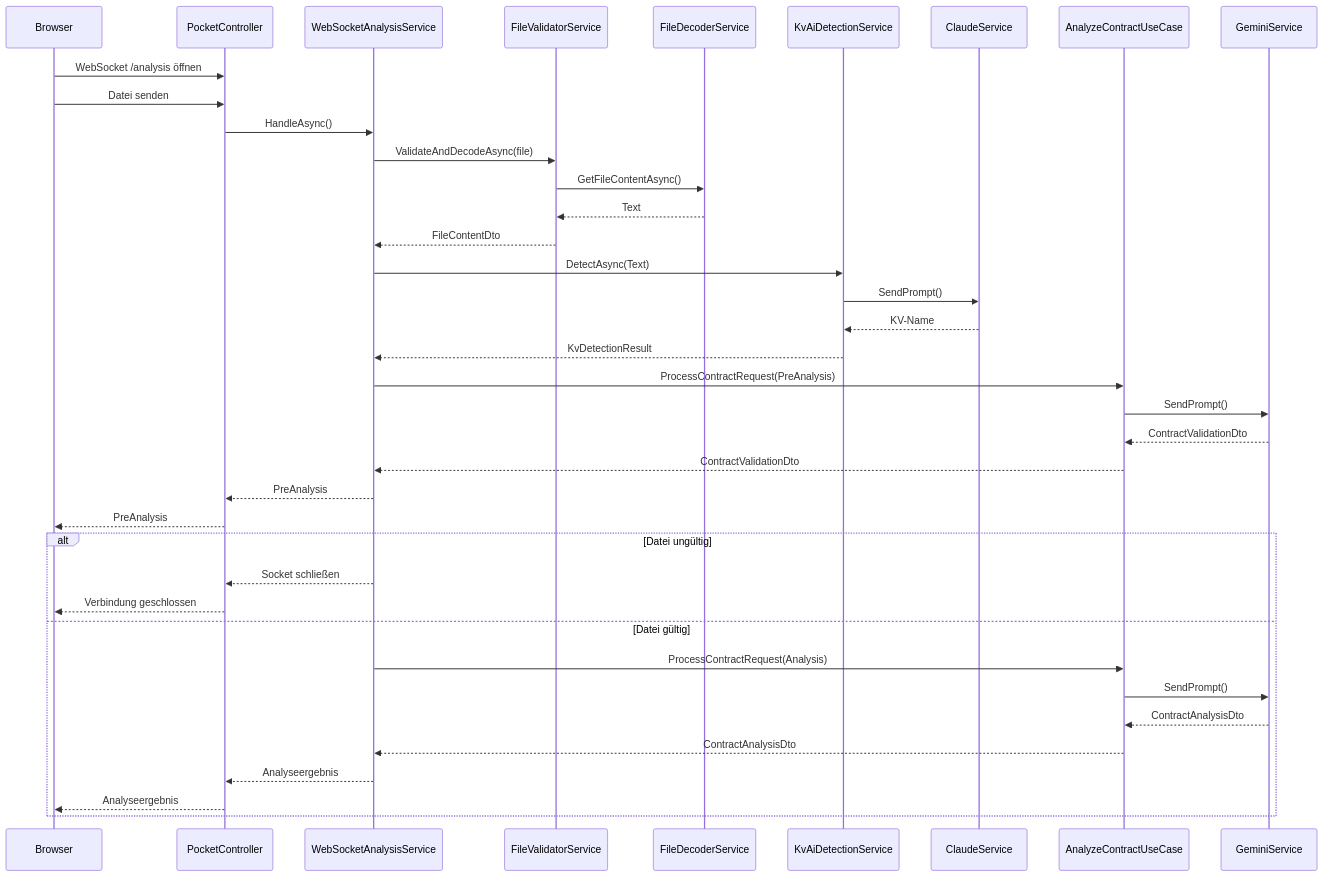
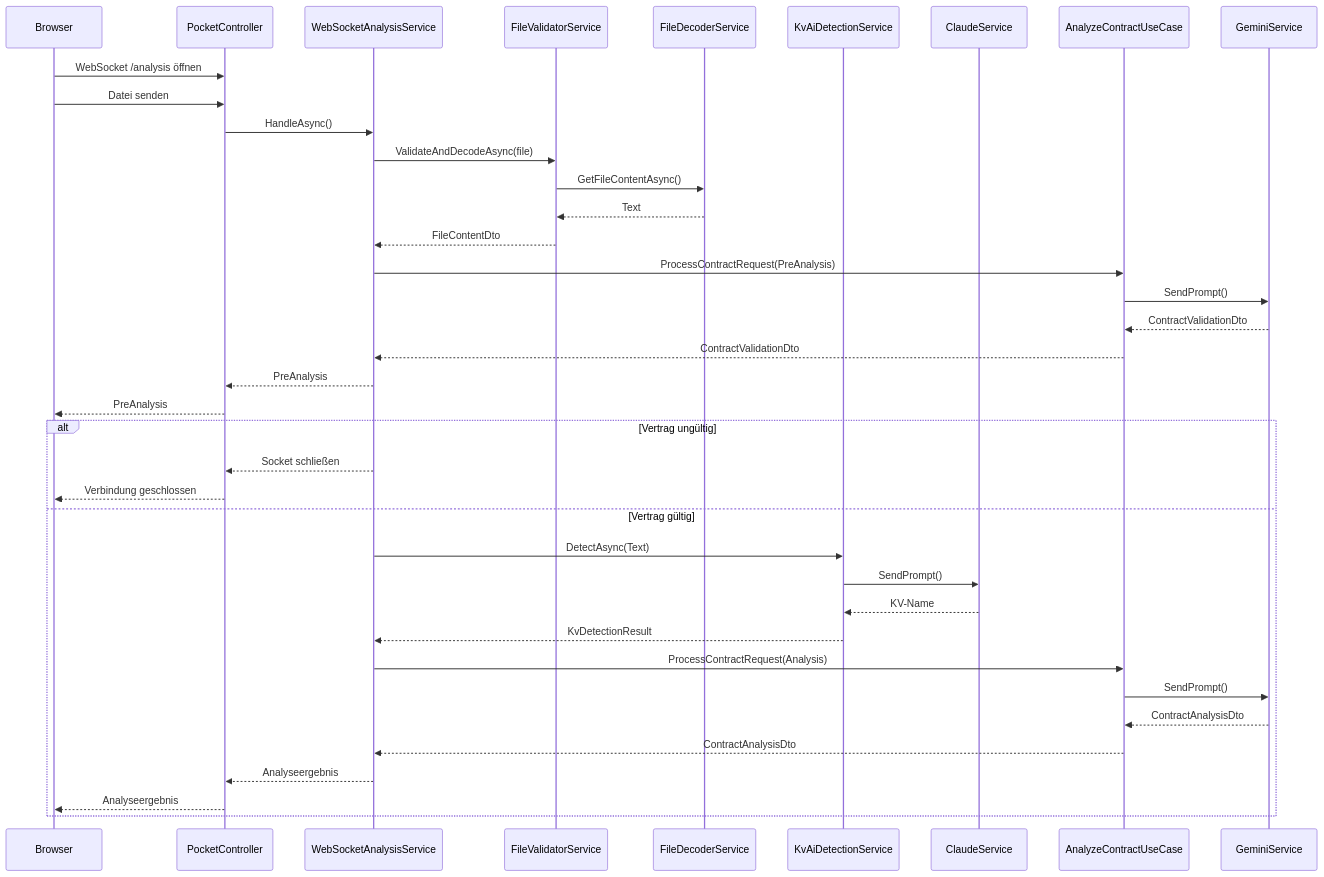
The fifth of 8 diagrams in docs/Diagrams/diagrams.md (sebastian-305/PocketLawyer), drawn with Mermaid before and after one commit.

Commit message:
Update sequence diagram for contract workflow

````diff
--- a/docs/Diagrams/diagrams.md
+++ b/docs/Diagrams/diagrams.md
@@ -359,42 +359,42 @@
 ```mermaid
 sequenceDiagram
     participant FE as Browser
     participant PC as PocketController
     participant WS as WebSocketAnalysisService
     participant FV as FileValidatorService
     participant FDS as FileDecoderService
     participant KD as KvAiDetectionService
     participant CLA as ClaudeService
     participant CA as AnalyzeContractUseCase
     participant GEM as GeminiService
 
     FE->>PC: WebSocket /analysis öffnen
     FE->>PC: Datei senden
     PC->>WS: HandleAsync()
     WS->>FV: ValidateAndDecodeAsync(file)
     FV->>FDS: GetFileContentAsync()
     FDS-->>FV: Text
     FV-->>WS: FileContentDto
-    WS->>KD: DetectAsync(Text)
-    KD->>CLA: SendPrompt()
-    CLA-->>KD: KV-Name
-    KD-->>WS: KvDetectionResult
     WS->>CA: ProcessContractRequest(PreAnalysis)
     CA->>GEM: SendPrompt()
     GEM-->>CA: ContractValidationDto
     CA-->>WS: ContractValidationDto
     WS-->>PC: PreAnalysis
     PC-->>FE: PreAnalysis
 
-    alt Datei ungültig
+    alt Vertrag ungültig
         WS-->>PC: Socket schließen
         PC-->>FE: Verbindung geschlossen
-    else Datei gültig
+    else Vertrag gültig
+        WS->>KD: DetectAsync(Text)
+        KD->>CLA: SendPrompt()
+        CLA-->>KD: KV-Name
+        KD-->>WS: KvDetectionResult
         WS->>CA: ProcessContractRequest(Analysis)
         CA->>GEM: SendPrompt()
         GEM-->>CA: ContractAnalysisDto
         CA-->>WS: ContractAnalysisDto
         WS-->>PC: Analyseergebnis
         PC-->>FE: Analyseergebnis
     end
 ```
````
